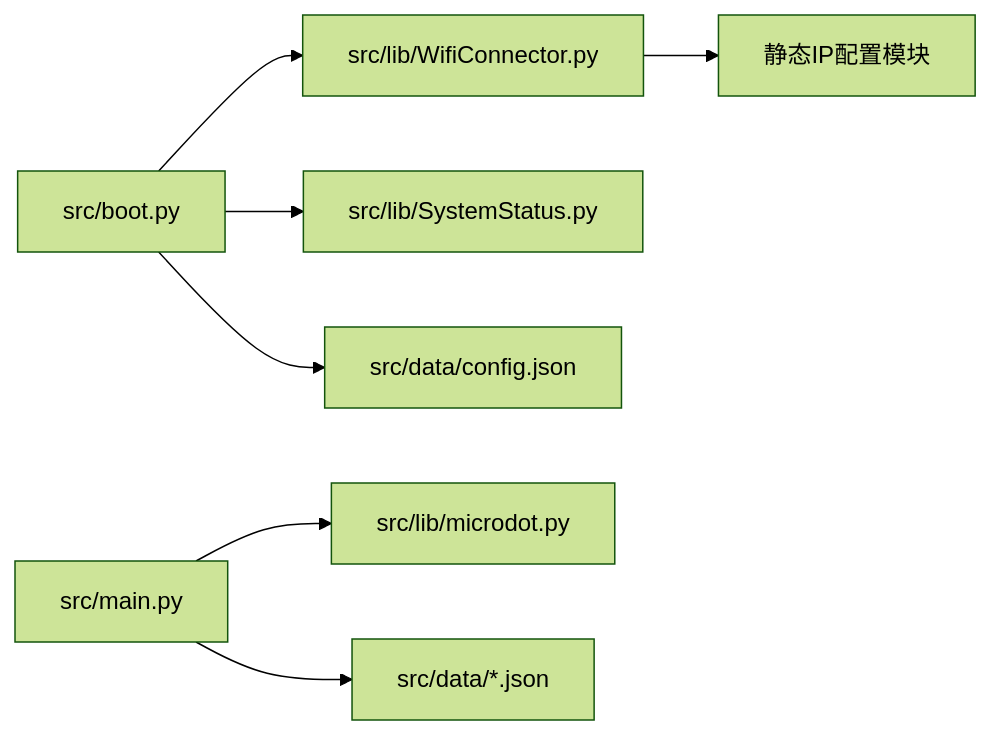
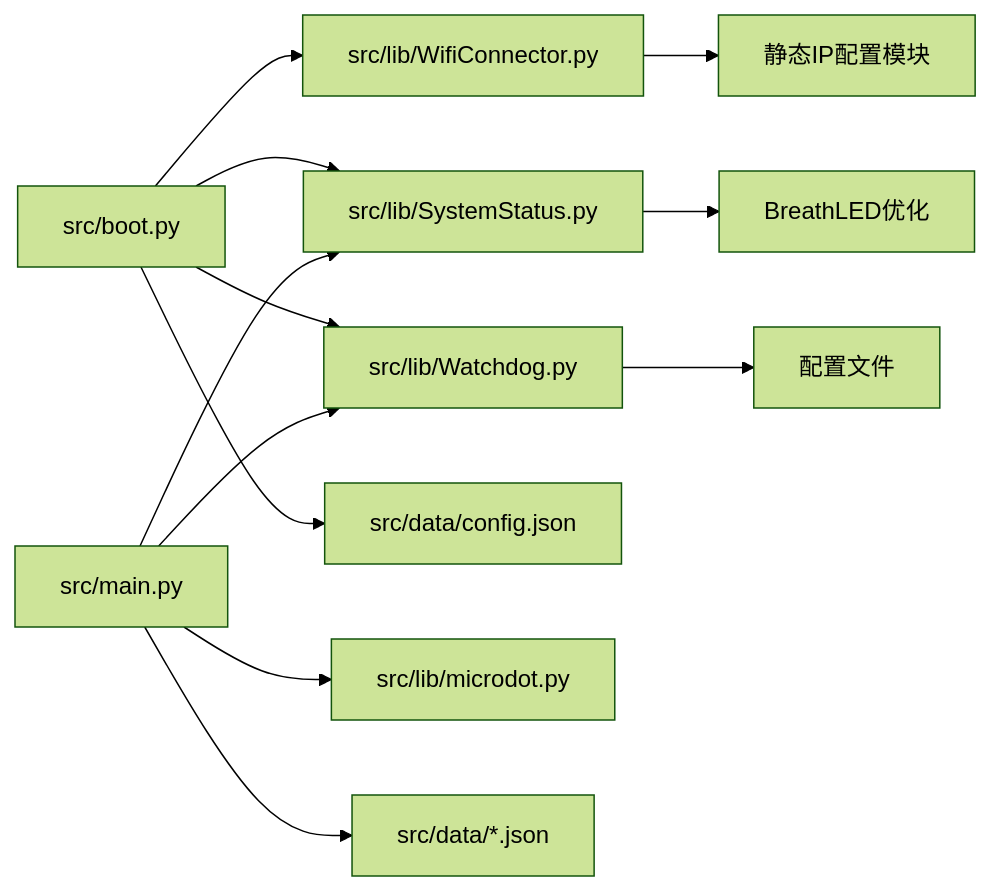
One commit to qq20739111/weilushishe-lishitai changed diagram 11 of 11 in .qoder/repowiki/zh/content/系统架构/引导系统.md. Above: the diagram before and after it, drawn with Mermaid (forest theme). The commit also changed other lines of this file and 23 other files, not shown here.

````diff
--- a/.qoder/repowiki/zh/content/系统架构/引导系统.md
+++ b/.qoder/repowiki/zh/content/系统架构/引导系统.md
@@ -329,9 +437,14 @@
 ```mermaid
 graph LR
 Boot["src/boot.py"] --> WC["src/lib/WifiConnector.py"]
 Boot --> SS["src/lib/SystemStatus.py"]
+Boot --> WD["src/lib/Watchdog.py"]
 Boot --> CFG["src/data/config.json"]
 Main["src/main.py"] --> MD["src/lib/microdot.py"]
+Main --> WD
+Main --> SS
 Main --> DATA["src/data/*.json"]
 WC --> STATICIP["静态IP配置模块"]
+WD --> CONFIG["配置文件"]
+SS --> BREATHLED["BreathLED优化"]
 ```
````
